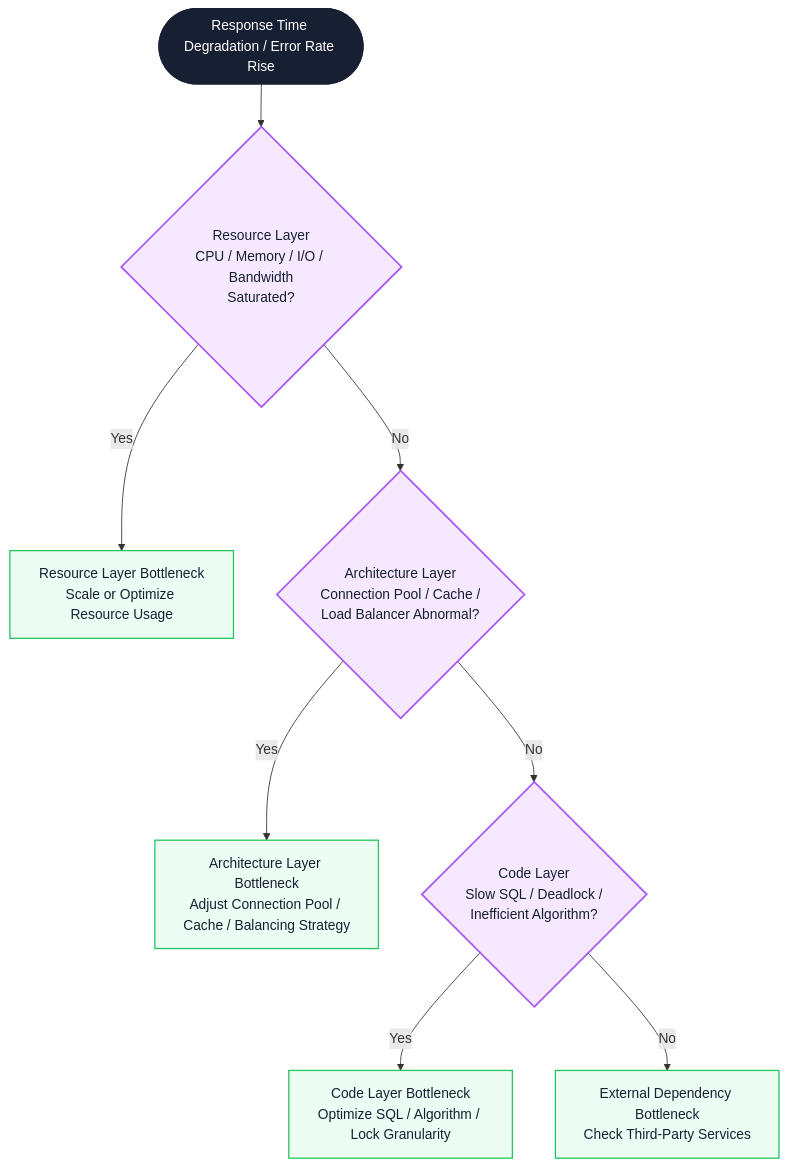
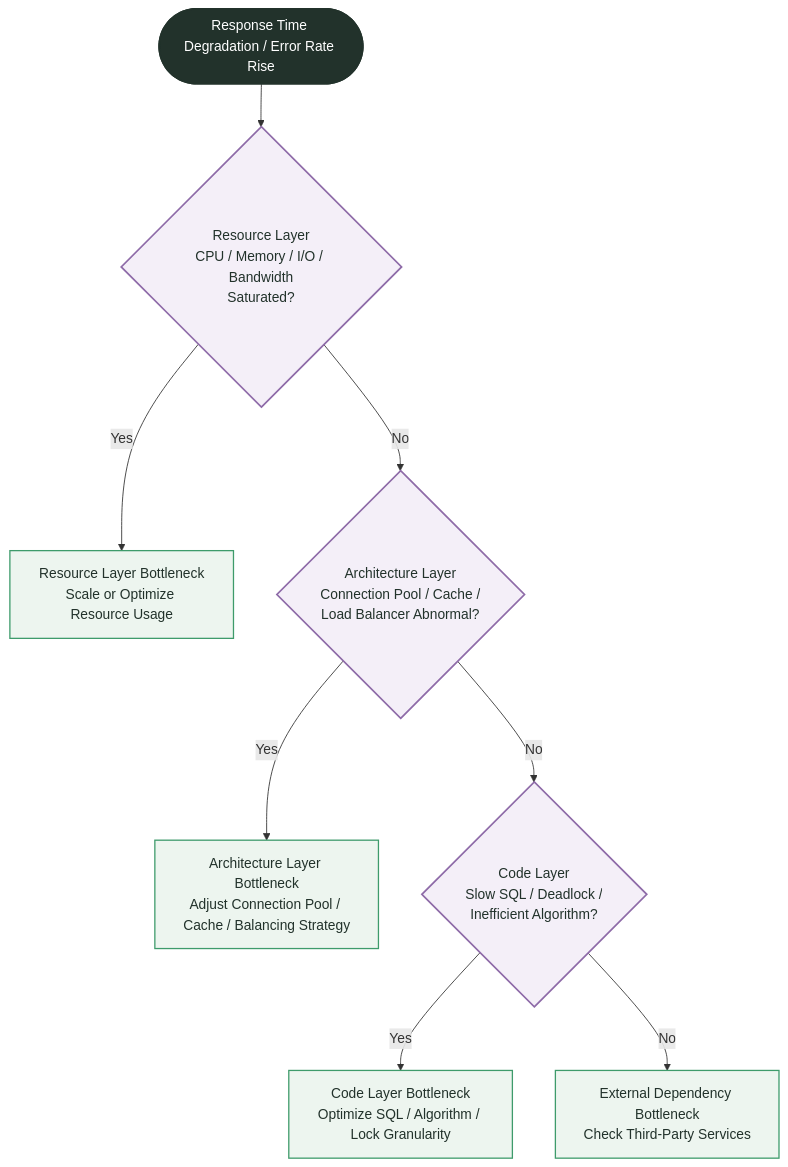
The fourth of 4 diagrams in docs/en/testing/load-testing-practice.md (Fatejian/frontier-vault), drawn with Mermaid before and after one commit. The commit also changed other lines of this file and 63 other files, not shown here.

````diff
--- a/docs/en/testing/load-testing-practice.md
+++ b/docs/en/testing/load-testing-practice.md
@@ -398,20 +398,20 @@
 ```mermaid
 flowchart TB
     Start(["Response Time Degradation / Error Rate Rise"])
 
     Start --> Q1{"Resource Layer<br/>CPU / Memory / I/O / Bandwidth<br/>Saturated?"}
     Q1 -->|Yes| R1["Resource Layer Bottleneck<br/>Scale or Optimize Resource Usage"]
     Q1 -->|No| Q2{"Architecture Layer<br/>Connection Pool / Cache /<br/>Load Balancer Abnormal?"}
     Q2 -->|Yes| R2["Architecture Layer Bottleneck<br/>Adjust Connection Pool / Cache / Balancing Strategy"]
     Q2 -->|No| Q3{"Code Layer<br/>Slow SQL / Deadlock /<br/>Inefficient Algorithm?"}
     Q3 -->|Yes| R3["Code Layer Bottleneck<br/>Optimize SQL / Algorithm / Lock Granularity"]
     Q3 -->|No| R4["External Dependency Bottleneck<br/>Check Third-Party Services"]
 
-    classDef core fill:#172033,color:#fff,stroke:#172033,stroke-width:2px;
-    classDef metric fill:#F5E8FF,stroke:#A855F7,color:#172033,stroke-width:2px;
-    classDef work fill:#ECFDF3,stroke:#22C55E,color:#172033,stroke-width:1.5px;
+    classDef core fill:#22322B,color:#fff,stroke:#22322B,stroke-width:2px;
+    classDef metric fill:#F4EFF8,stroke:#8E6BA8,color:#22322B,stroke-width:2px;
+    classDef work fill:#EDF5EF,stroke:#3E9B6B,color:#22322B,stroke-width:1.5px;
 
     class Start core;
     class Q1,Q2,Q3 metric;
     class R1,R2,R3,R4 work;
 ```
````
